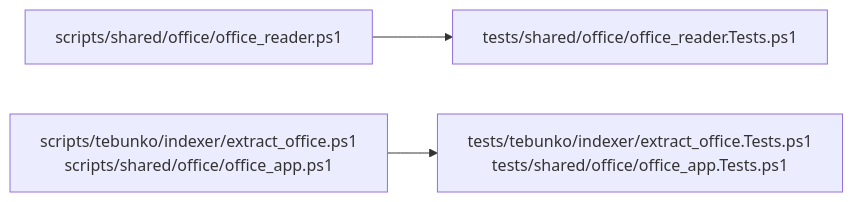
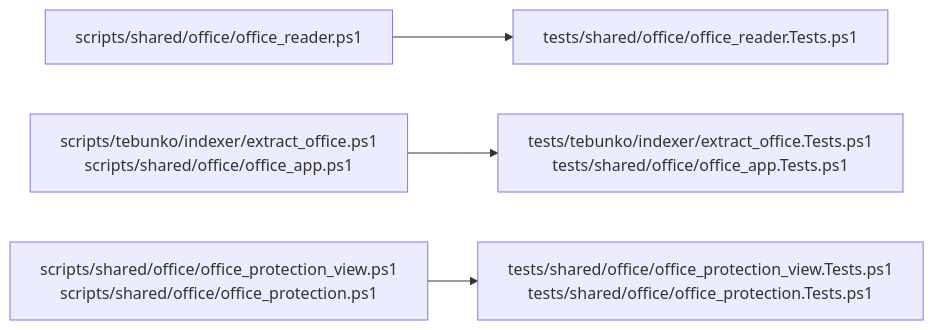
The diagram in docs/design/testing/unit-office.md (hsgwa/tebunko), drawn with Mermaid before and after one commit. The commit also changed other lines of this file and 14 other files, not shown here.

````diff
--- a/docs/design/testing/unit-office.md
+++ b/docs/design/testing/unit-office.md
@@ -5,5 +5,6 @@
 ```mermaid
 flowchart LR
     src["scripts/shared/office/office_reader.ps1"] --> test["tests/shared/office/office_reader.Tests.ps1"]
     src2["scripts/tebunko/indexer/extract_office.ps1<br>scripts/shared/office/office_app.ps1"] --> test2["tests/tebunko/indexer/extract_office.Tests.ps1<br>tests/shared/office/office_app.Tests.ps1"]
+    src3["scripts/shared/office/office_protection_view.ps1<br>scripts/shared/office/office_protection.ps1"] --> test3["tests/shared/office/office_protection_view.Tests.ps1<br>tests/shared/office/office_protection.Tests.ps1"]
 ```
````
